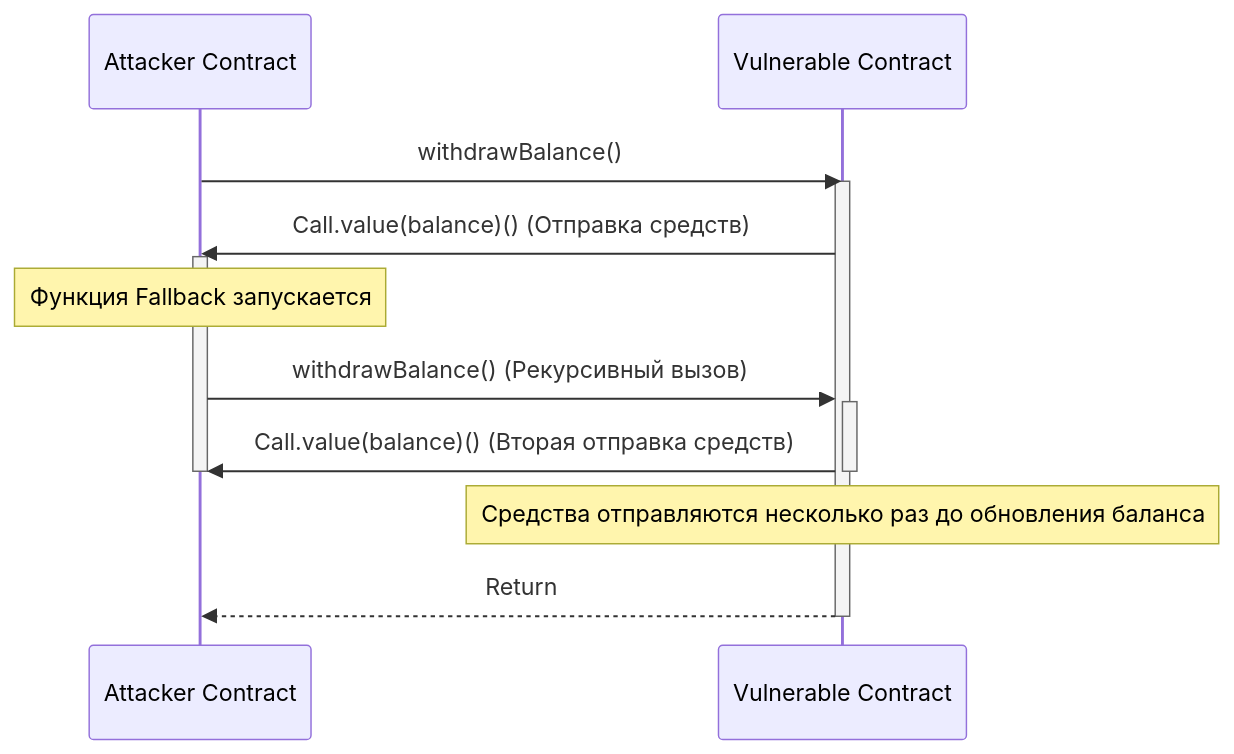
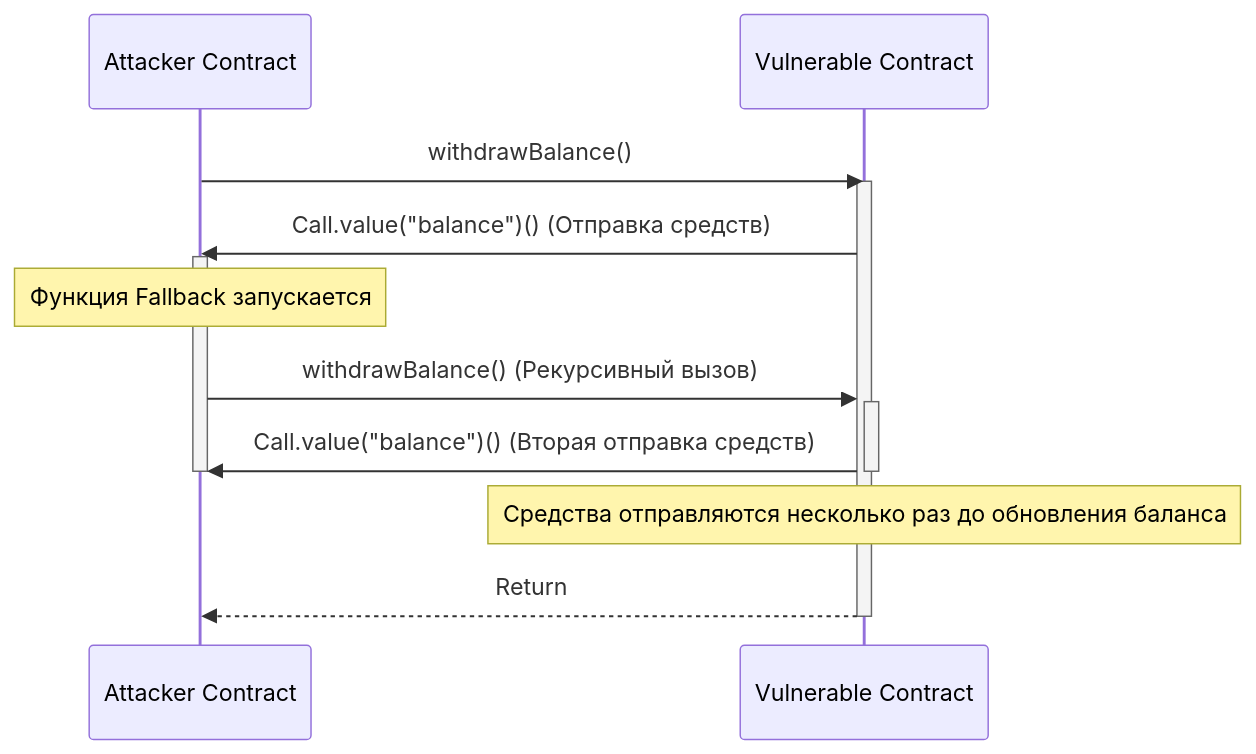
One commit to kenjinote/blog changed the second of 2 diagrams in content/post/blockchain-technology-smart-contract-distributed-ledger/index.ru.md. Above: the diagram before and after it, drawn with Mermaid. The commit also changed 929 other files, not shown here.

Commit message:
fix: Add double quotes to all Mermaid node texts to resolve syntax errors

````diff
--- a/content/post/blockchain-technology-smart-contract-distributed-ledger/index.ru.md
+++ b/content/post/blockchain-technology-smart-contract-distributed-ledger/index.ru.md
@@ -185,19 +185,19 @@
 ```mermaid
 sequenceDiagram
     participant A as Attacker Contract
     participant V as Vulnerable Contract
 
     A->>V: withdrawBalance()
     activate V
-    V->>A: Call.value(balance)() (Отправка средств)
+    V->>A: Call.value("balance")() (Отправка средств)
     activate A
     Note over A: Функция Fallback запускается
     A->>V: withdrawBalance() (Рекурсивный вызов)
     activate V
-    V->>A: Call.value(balance)() (Вторая отправка средств)
+    V->>A: Call.value("balance")() (Вторая отправка средств)
     deactivate V
     deactivate A
     Note over V: Средства отправляются несколько раз до обновления баланса
     V-->>A: Return
     deactivate V
 ```
````
